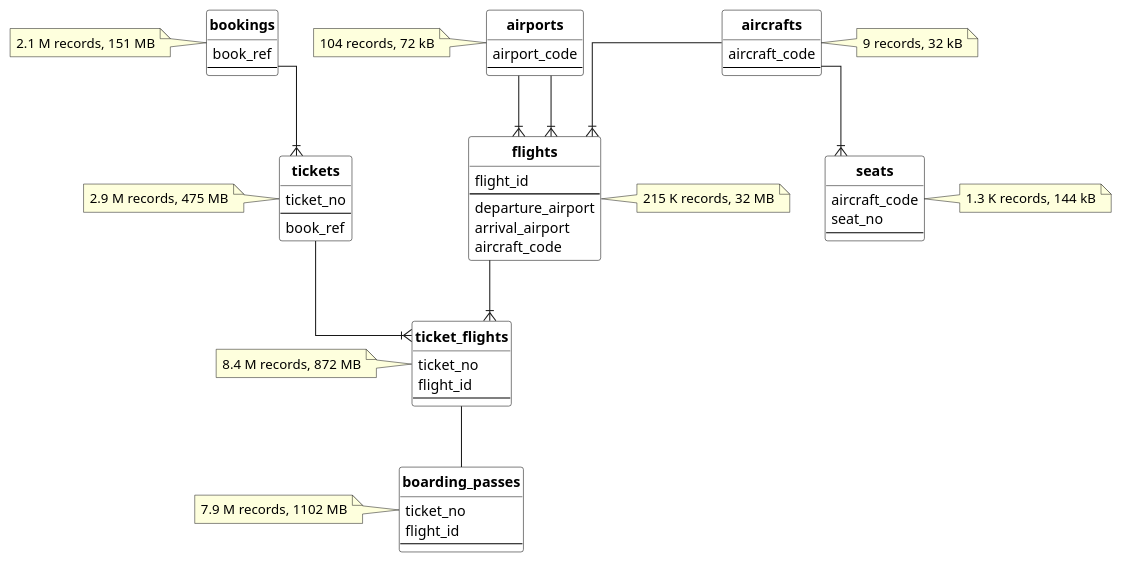
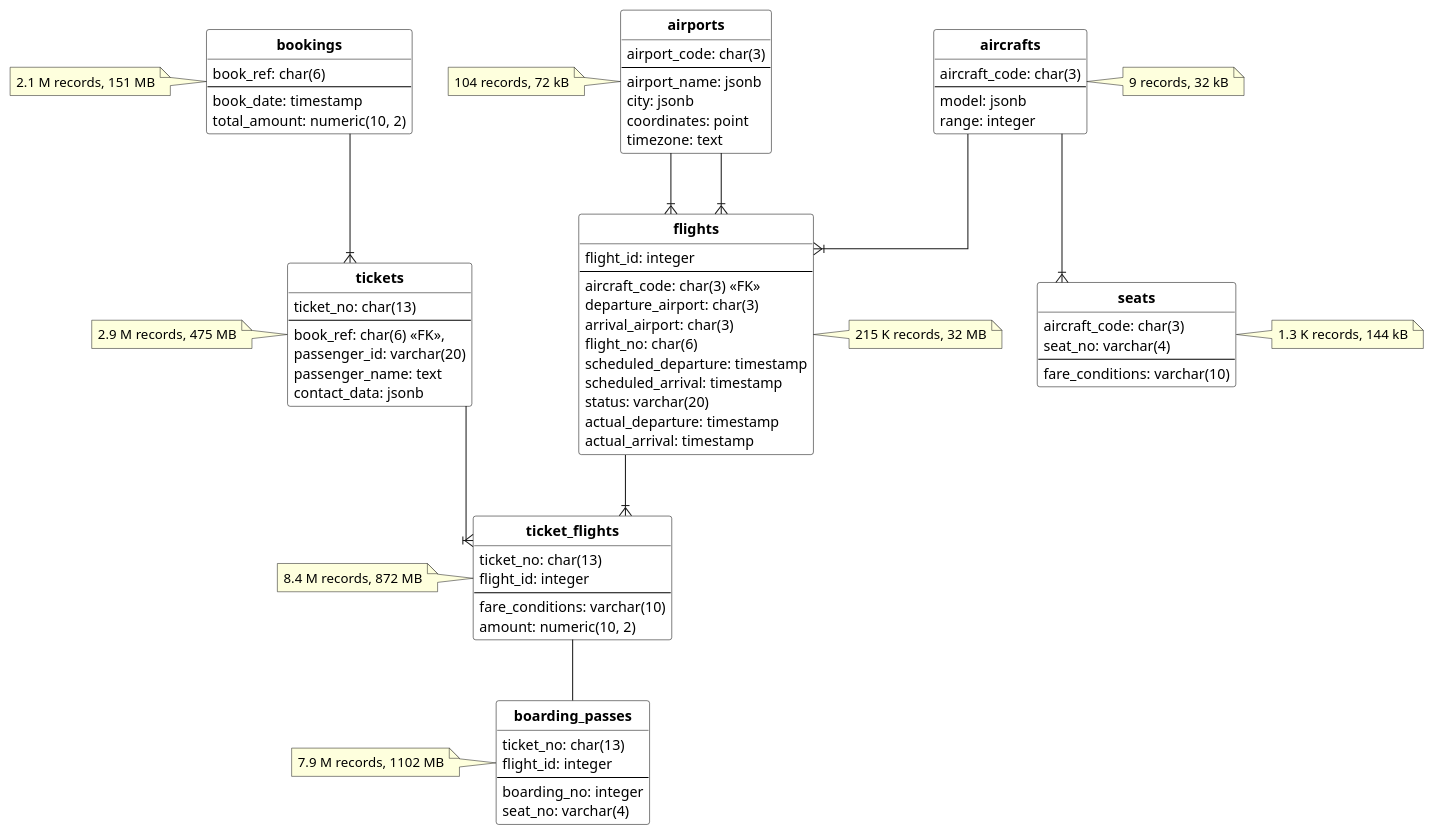
The diagram in databases/postgres/qpt-13/air-transportation-database.md (mialkin/docs), drawn with PlantUML before and after one commit. The commit also changed 1 other file, not shown here.

Commit message:
Update diagram

```diff
--- a/databases/postgres/qpt-13/air-transportation-database.md
+++ b/databases/postgres/qpt-13/air-transportation-database.md
@@ -53,58 +53,80 @@
 }
 
 entity bookings {
- book_ref
+ book_ref: char(6)
  --
+ book_date: timestamp
+ total_amount: numeric(10, 2)
 }
 note left: 2.1 M records, 151 MB
 
 entity tickets {
- ticket_no
+ ticket_no: char(13)
  --
- book_ref
+ book_ref: char(6) <<FK>>,
+ passenger_id: varchar(20)
+ passenger_name: text
+ contact_data: jsonb
 }
 note left: 2.9 M records, 475 MB
 
 entity ticket_flights {
- ticket_no
- flight_id
+ ticket_no: char(13)
+ flight_id: integer
  --
+ fare_conditions: varchar(10)
+ amount: numeric(10, 2)
 }
 note left: 8.4 M records, 872 MB
 
 entity flights {
- flight_id
+ flight_id: integer
  --
- departure_airport
- arrival_airport
- aircraft_code
+ aircraft_code: char(3) <<FK>>
+ departure_airport: char(3)
+ arrival_airport: char(3)
+ flight_no: char(6)
+ scheduled_departure: timestamp
+ scheduled_arrival: timestamp
+ status: varchar(20)
+ actual_departure: timestamp
+ actual_arrival: timestamp
 }
 note right: 215 K records, 32 MB
 
 entity airports {
- airport_code
+ airport_code: char(3)
  --
+ airport_name: jsonb
+ city: jsonb
+ coordinates: point
+ timezone: text
 }
 note left: 104 records, 72 kB
 
 
 entity boarding_passes {
- ticket_no
- flight_id
+ ticket_no: char(13)
+ flight_id: integer
  --
+ boarding_no: integer
+ seat_no: varchar(4)
 }
 note left: 7.9 M records, 1102 MB
 
 entity aircrafts {
- aircraft_code
+ aircraft_code: char(3)
  --
+ model: jsonb
+ range: integer
 }
 note right: 9 records, 32 kB
 
 entity seats {
- aircraft_code
- seat_no
+ aircraft_code: char(3)
+ seat_no: varchar(4)
  --
+ fare_conditions: varchar(10)
 }
 note right: 1.3 K records, 144 kB
 
```
